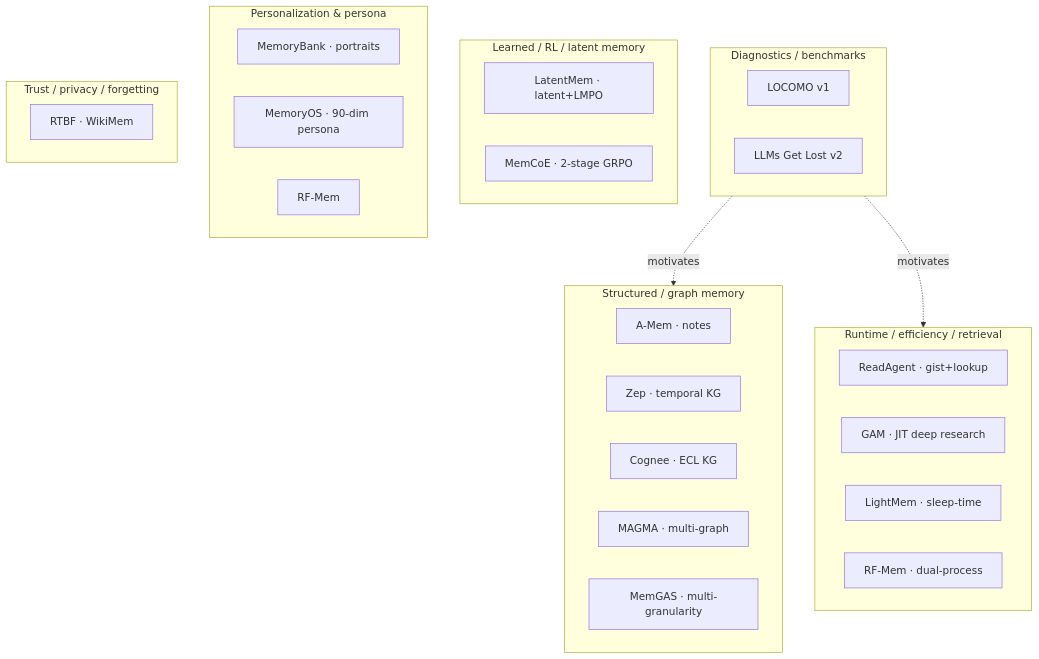
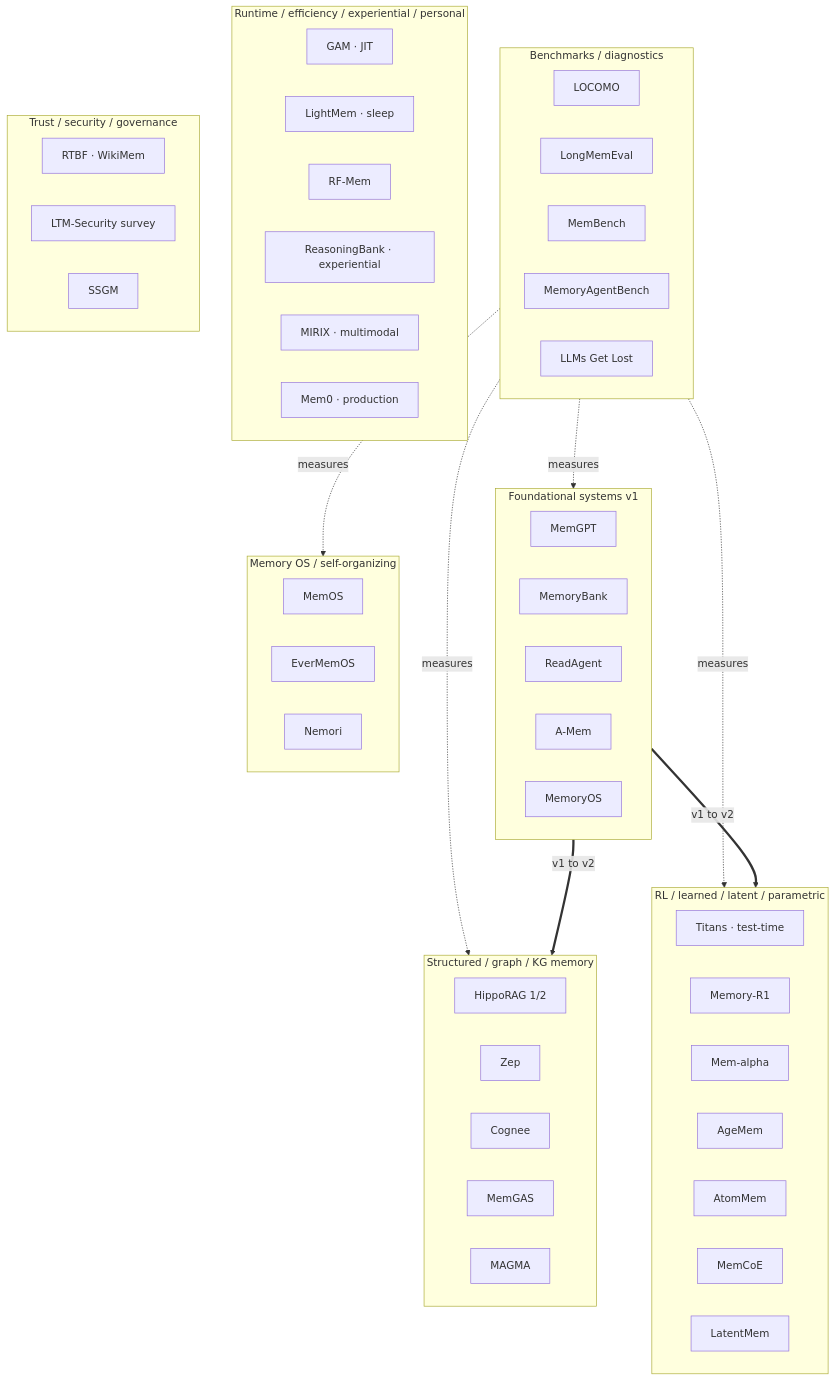
Before and after one commit to lyang24/papers: the third of 6 diagrams in agentic_memory/README.md, drawn with Mermaid. The commit also changed other lines of this file, not shown here.

````diff
--- a/agentic_memory/README.md
+++ b/agentic_memory/README.md
@@ -100,34 +146,57 @@
 ```mermaid
 flowchart TB
-    subgraph DIAG["Diagnostics / benchmarks"]
-        L1[LOCOMO v1]
-        L2[LLMs Get Lost v2]
+    subgraph BENCH["Benchmarks / diagnostics"]
+        B1[LOCOMO]
+        B2[LongMemEval]
+        B3[MemBench]
+        B4[MemoryAgentBench]
+        B5[LLMs Get Lost]
     end
-    subgraph STRUCT["Structured / graph memory"]
-        S1[A-Mem · notes]
-        S2[Zep · temporal KG]
-        S3[Cognee · ECL KG]
-        S4[MAGMA · multi-graph]
-        S5[MemGAS · multi-granularity]
+    subgraph FOUND["Foundational systems v1"]
+        F1[MemGPT]
+        F2[MemoryBank]
+        F3[ReadAgent]
+        F4[A-Mem]
+        F5[MemoryOS]
     end
-    subgraph LEARN["Learned / RL / latent memory"]
-        D1[LatentMem · latent+LMPO]
-        D2[MemCoE · 2-stage GRPO]
+    subgraph GRAPH["Structured / graph / KG memory"]
+        G1[HippoRAG 1/2]
+        G2[Zep]
+        G3[Cognee]
+        G4[MemGAS]
+        G5[MAGMA]
     end
-    subgraph RUNTIME["Runtime / efficiency / retrieval"]
-        R1[ReadAgent · gist+lookup]
-        R2[GAM · JIT deep research]
-        R3[LightMem · sleep-time]
-        R4[RF-Mem · dual-process]
+    subgraph RL["RL / learned / latent / parametric"]
+        R1[Titans · test-time]
+        R2[Memory-R1]
+        R3[Mem-alpha]
+        R4[AgeMem]
+        R5[AtomMem]
+        R6[MemCoE]
+        R7[LatentMem]
     end
-    subgraph PERSONA["Personalization & persona"]
-        P1[MemoryBank · portraits]
-        P2[MemoryOS · 90-dim persona]
-        P3[RF-Mem]
+    subgraph OS["Memory OS / self-organizing"]
+        O1[MemOS]
+        O2[EverMemOS]
+        O3[Nemori]
     end
-    subgraph TRUST["Trust / privacy / forgetting"]
-        T1[RTBF · WikiMem]
+    subgraph RUNTIME["Runtime / efficiency / experiential / personal"]
+        U1[GAM · JIT]
+        U2[LightMem · sleep]
+        U3[RF-Mem]
+        U4[ReasoningBank · experiential]
+        U5[MIRIX · multimodal]
+        U6[Mem0 · production]
     end
-    DIAG -.motivates.-> STRUCT
-    DIAG -.motivates.-> RUNTIME
+    subgraph SAFE["Trust / security / governance"]
+        S1[RTBF · WikiMem]
+        S2[LTM-Security survey]
+        S3[SSGM]
+    end
+    BENCH -.measures.-> FOUND
+    BENCH -.measures.-> GRAPH
+    BENCH -.measures.-> RL
+    BENCH -.measures.-> OS
+    FOUND ==>|v1 to v2| GRAPH
+    FOUND ==>|v1 to v2| RL
 ```
````
